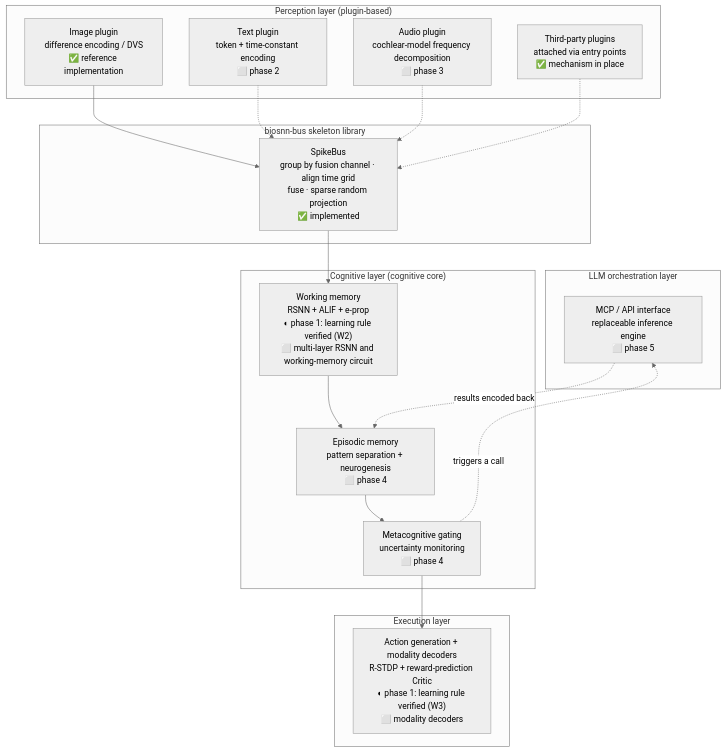
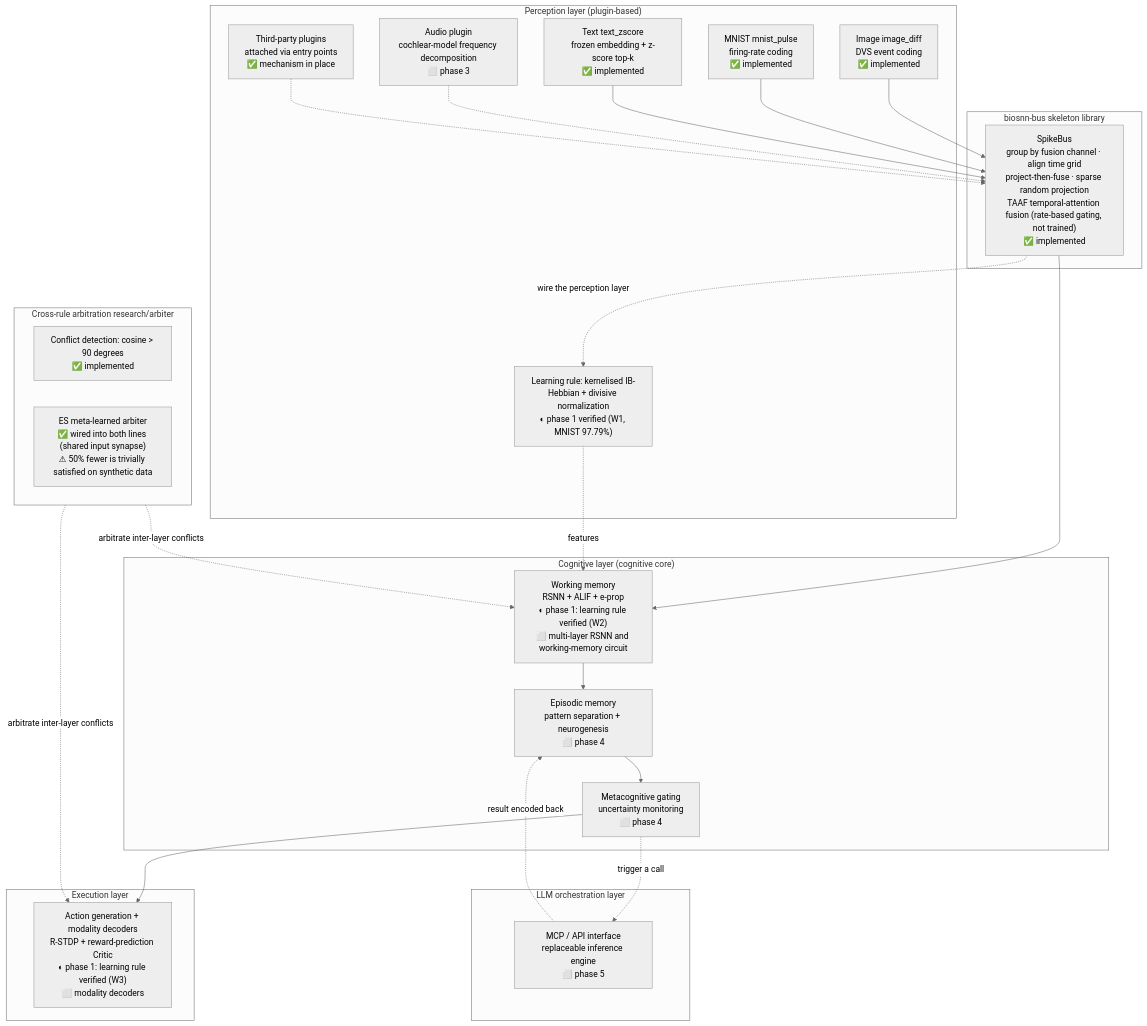
The diagram in README.en.md (lzmd-arch/BioSNN-Plug), drawn with Mermaid (neutral theme) before and after one commit. The commit also changed other lines of this file and 4 other files, not shown here.

First line of the commit message:
架构图同步到实况；补上 en/ja 台账里漏掉的 Javis 登记

````diff
--- a/README.en.md
+++ b/README.en.md
@@ -103,39 +103,50 @@
 ```mermaid
 flowchart TB
     subgraph L5["LLM orchestration layer"]
         MCP["MCP / API interface<br/>replaceable inference engine<br/>⬜ phase 5"]
     end
 
     subgraph L4["Execution layer"]
         ACT["Action generation + modality decoders<br/>R-STDP + reward-prediction Critic<br/>◐ phase 1: learning rule verified (W3)<br/>⬜ modality decoders"]
     end
 
     subgraph L3["Cognitive layer (cognitive core)"]
         WM["Working memory<br/>RSNN + ALIF + e-prop<br/>◐ phase 1: learning rule verified (W2)<br/>⬜ multi-layer RSNN and working-memory circuit"]
         EM["Episodic memory<br/>pattern separation + neurogenesis<br/>⬜ phase 4"]
         MG["Metacognitive gating<br/>uncertainty monitoring<br/>⬜ phase 4"]
     end
 
+    subgraph ARB["Cross-rule arbitration research/arbiter"]
+        CF["Conflict detection: cosine > 90 degrees<br/>✅ implemented"]
+        ES["ES meta-learned arbiter<br/>✅ wired into both lines (shared input synapse)<br/>⚠ 50% fewer is trivially satisfied on synthetic data"]
+    end
+
     subgraph L2["biosnn-bus skeleton library"]
-        BUS["SpikeBus<br/>group by fusion channel · align time grid<br/>fuse · sparse random projection<br/>✅ implemented"]
+        BUS["SpikeBus<br/>group by fusion channel · align time grid<br/>project-then-fuse · sparse random projection<br/>TAAF temporal-attention fusion (rate-based gating, not trained)<br/>✅ implemented"]
     end
 
     subgraph L1["Perception layer (plugin-based)"]
-        IMG["Image plugin<br/>difference encoding / DVS<br/>✅ reference implementation"]
-        TXT["Text plugin<br/>token + time-constant encoding<br/>⬜ phase 2"]
+        IMG["Image image_diff<br/>DVS event coding<br/>✅ implemented"]
+        MN["MNIST mnist_pulse<br/>firing-rate coding<br/>✅ implemented"]
+        TXT["Text text_zscore<br/>frozen embedding + z-score top-k<br/>✅ implemented"]
         AUD["Audio plugin<br/>cochlear-model frequency decomposition<br/>⬜ phase 3"]
         THIRD["Third-party plugins<br/>attached via entry points<br/>✅ mechanism in place"]
+        HEB["Learning rule: kernelised IB-Hebbian + divisive normalization<br/>◐ phase 1 verified (W1, MNIST 97.79%)"]
     end
 
     IMG --> BUS
-    TXT -.-> BUS
+    MN --> BUS
+    TXT --> BUS
     AUD -.-> BUS
     THIRD -.-> BUS
-
     BUS --> WM
+    BUS -.->|wire the perception layer| HEB
+    HEB -.->|features| WM
     WM --> EM
     EM --> MG
     MG --> ACT
-    MG -.->|triggers a call| MCP
-    MCP -.->|results encoded back| EM
+    MG -.->|trigger a call| MCP
+    MCP -.->|result encoded back| EM
+    ARB -.->|arbitrate inter-layer conflicts| WM
+    ARB -.->|arbitrate inter-layer conflicts| ACT
 ```
````
